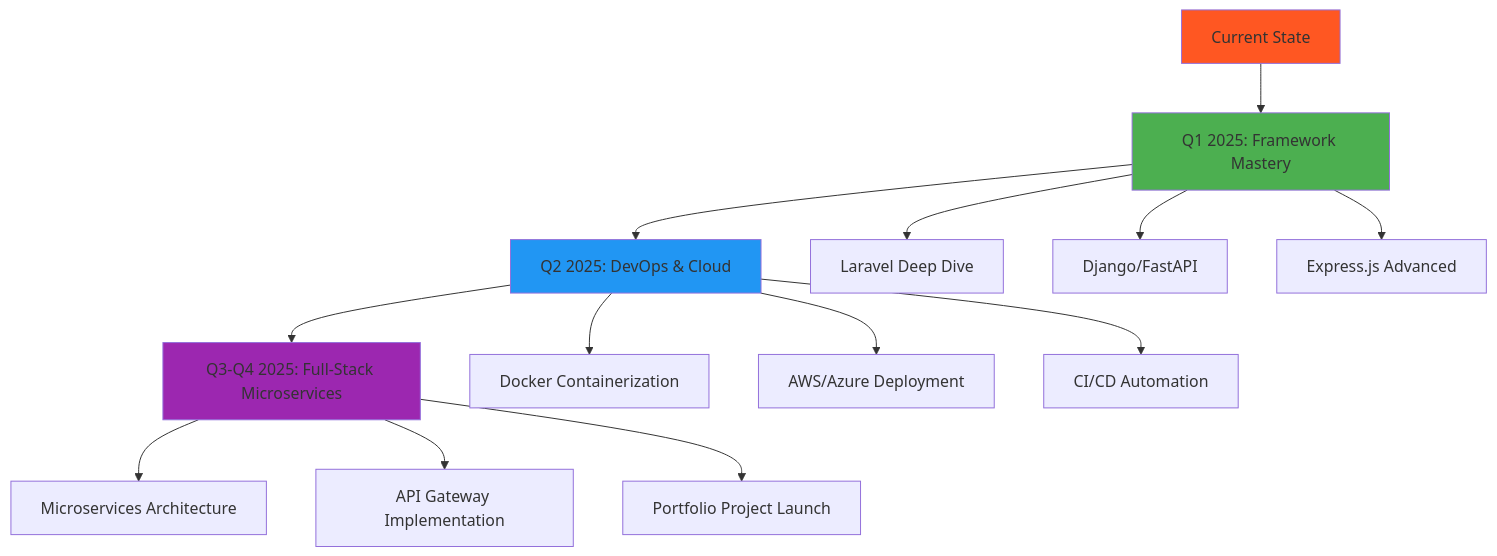
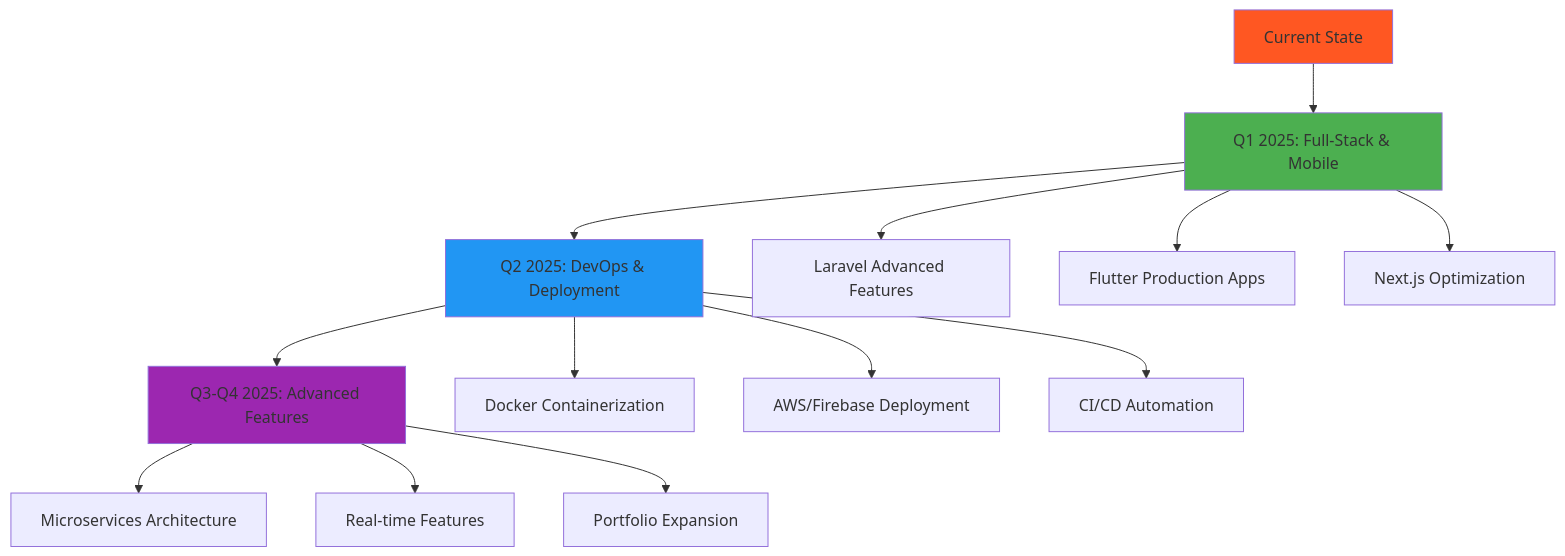
The fourth of 5 diagrams in README.md (Namidu99/Namidu99), drawn with Mermaid before and after one commit. The commit also changed other lines of this file, not shown here.

````diff
--- a/README.md
+++ b/README.md
@@ -155,23 +205,23 @@
 ```mermaid
 graph TD
-    A[Current State] --> B[Q1 2025: Framework Mastery]
-    B --> C[Q2 2025: DevOps & Cloud]
-    C --> D[Q3-Q4 2025: Full-Stack Microservices]
+    A[Current State] --> B[Q1 2025: Full-Stack & Mobile]
+    B --> C[Q2 2025: DevOps & Deployment]
+    C --> D[Q3-Q4 2025: Advanced Features]
     
-    B --> B1[Laravel Deep Dive]
-    B --> B2[Django/FastAPI]
-    B --> B3[Express.js Advanced]
+    B --> B1[Laravel Advanced Features]
+    B --> B2[Flutter Production Apps]
+    B --> B3[Next.js Optimization]
     
     C --> C1[Docker Containerization]
-    C --> C2[AWS/Azure Deployment]
+    C --> C2[AWS/Firebase Deployment]
     C --> C3[CI/CD Automation]
     
     D --> D1[Microservices Architecture]
-    D --> D2[API Gateway Implementation]
-    D --> D3[Portfolio Project Launch]
+    D --> D2[Real-time Features]
+    D --> D3[Portfolio Expansion]
     
     style A fill:#FF5722
     style B fill:#4CAF50
     style C fill:#2196F3
     style D fill:#9C27B0
 ```
````
